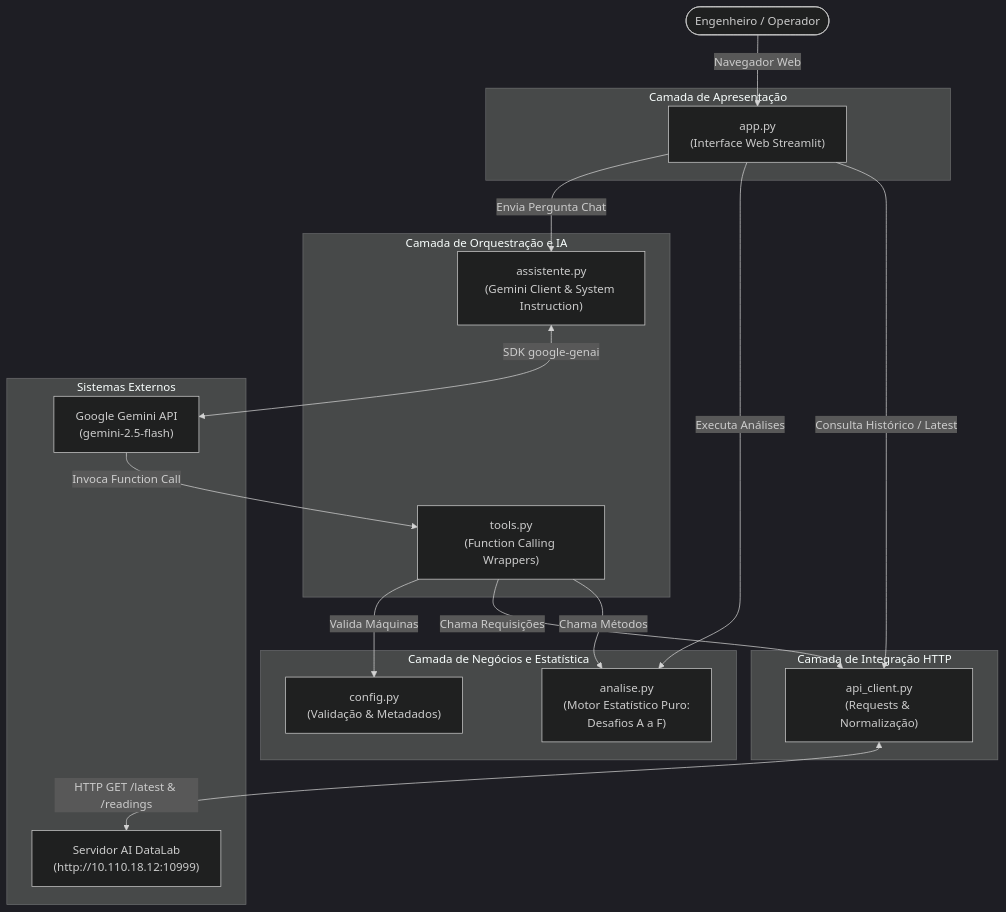
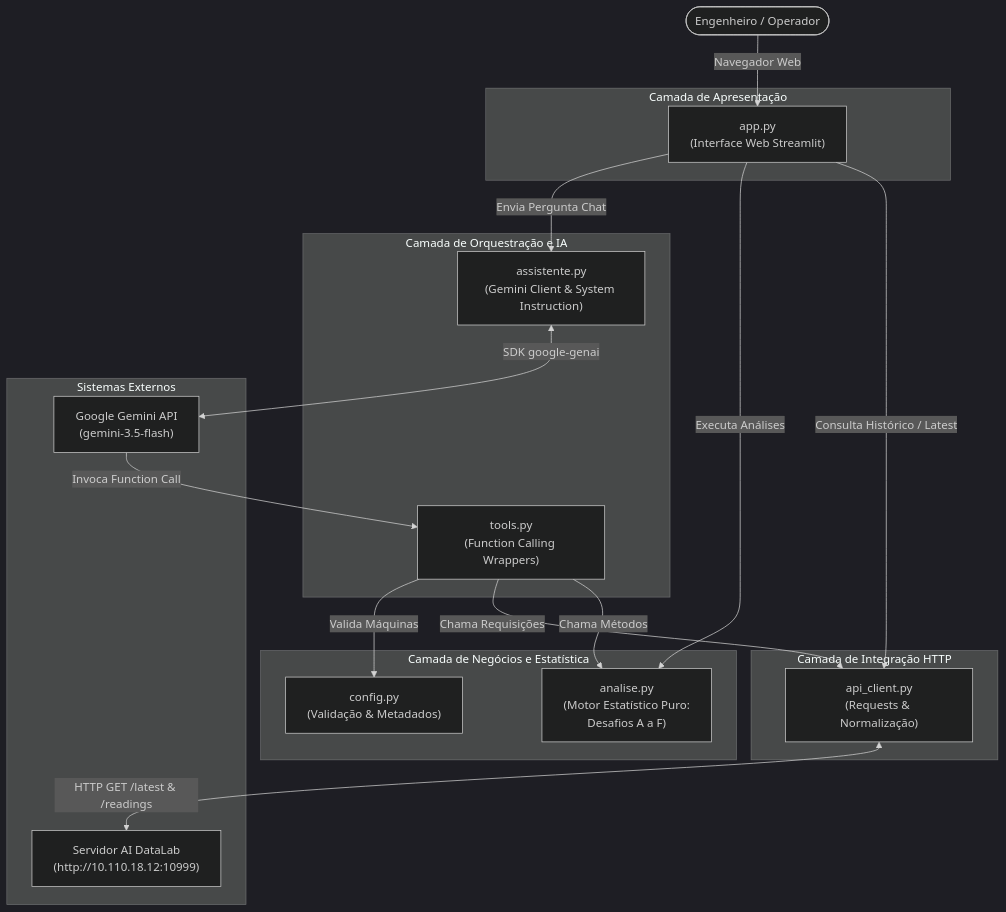
Before and after one commit to professor-rafael-selvagio/POS-IA-Monitoramento-Inteligente-Maquinas-Industriais: the first of 2 diagrams in celula_usinagem_inteligente/ARQUITETURA.md, drawn with Mermaid (dark theme). The commit also changed 3 other files, not shown here.

Commit message:
feat: atualizar modelo padrao para gemini-3.5-flash com retry automatico para erro 503

````diff
--- a/celula_usinagem_inteligente/ARQUITETURA.md
+++ b/celula_usinagem_inteligente/ARQUITETURA.md
@@ -21,39 +21,39 @@
 ```mermaid
 graph TD
     User([Engenheiro / Operador]) -->|Navegador Web| StreamlitApp["app.py<br/>(Interface Web Streamlit)"]
 
     subgraph "Camada de Apresentação"
         StreamlitApp
     end
 
     subgraph "Camada de Orquestração e IA"
         Assistente["assistente.py<br/>(Gemini Client & System Instruction)"]
         Tools["tools.py<br/>(Function Calling Wrappers)"]
     end
 
     subgraph "Camada de Negócios e Estatística"
         Analise["analise.py<br/>(Motor Estatístico Puro:<br/>Desafios A a F)"]
         Config["config.py<br/>(Validação & Metadados)"]
     end
 
     subgraph "Camada de Integração HTTP"
         APIClient["api_client.py<br/>(Requests & Normalização)"]
     end
 
     subgraph "Sistemas Externos"
         AIDataLab["Servidor AI DataLab<br/>(http://10.110.18.12:10999)"]
-        GeminiAPI["Google Gemini API<br/>(gemini-2.5-flash)"]
+        GeminiAPI["Google Gemini API<br/>(gemini-3.5-flash)"]
     end
 
     StreamlitApp -->|Consulta Histórico / Latest| APIClient
     StreamlitApp -->|Executa Análises| Analise
     StreamlitApp -->|Envia Pergunta Chat| Assistente
 
     Assistente <-->|SDK google-genai| GeminiAPI
     GeminiAPI -->|Invoca Function Call| Tools
     Tools -->|Chama Métodos| Analise
     Tools -->|Chama Requisições| APIClient
     Tools -->|Valida Máquinas| Config
 
     APIClient <-->|HTTP GET /latest & /readings| AIDataLab
 ```
````
